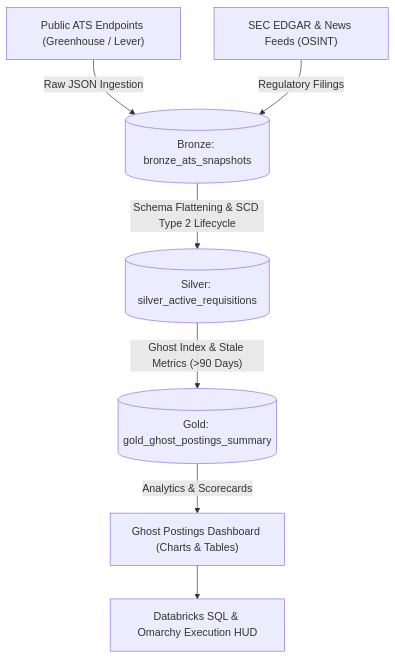
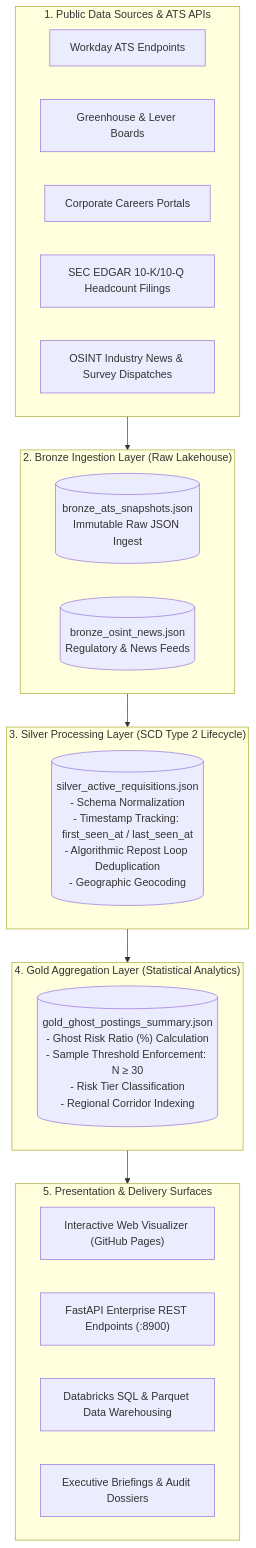
Before and after one commit to FreeFades2Black/ghost-job-intel-geospatial-pipeline: the diagram in README.md, drawn with Mermaid. The commit also changed other lines of this file, not shown here.

Commit message:
docs: update README with executive-grade documentation, mathematical methodology, Greenville SC Top 10 metrics, and live dashboard badges

````diff
--- a/README.md
+++ b/README.md
@@ -9,9 +25,35 @@
 ```mermaid
-graph TD
-    A["Public ATS Endpoints (Greenhouse / Lever)"] -->|"Raw JSON Ingestion"| B[("Bronze: bronze_ats_snapshots")]
-    C["SEC EDGAR & News Feeds (OSINT)"] -->|"Regulatory Filings"| B
-    B -->|"Schema Flattening & SCD Type 2 Lifecycle"| F[("Silver: silver_active_requisitions")]
-    F -->|"Ghost Index & Stale Metrics (>90 Days)"| G[("Gold: gold_ghost_postings_summary")]
-    G -->|"Analytics & Scorecards"| H["Ghost Postings Dashboard (Charts & Tables)"]
-    H --> I["Databricks SQL & Omarchy Execution HUD"]
+flowchart TD
+    subgraph S1["1. Public Data Sources & ATS APIs"]
+        A1["Workday ATS Endpoints"]
+        A2["Greenhouse & Lever Boards"]
+        A3["Corporate Careers Portals"]
+        A4["SEC EDGAR 10-K/10-Q Headcount Filings"]
+        A5["OSINT Industry News & Survey Dispatches"]
+    end
+
+    subgraph S2["2. Bronze Ingestion Layer (Raw Lakehouse)"]
+        B1[("bronze_ats_snapshots.json<br/>Immutable Raw JSON Ingest")]
+        B2[("bronze_osint_news.json<br/>Regulatory & News Feeds")]
+    end
+
+    subgraph S3["3. Silver Processing Layer (SCD Type 2 Lifecycle)"]
+        C1[("silver_active_requisitions.json<br/>- Schema Normalization<br/>- Timestamp Tracking: first_seen_at / last_seen_at<br/>- Algorithmic Repost Loop Deduplication<br/>- Geographic Geocoding")]
+    end
+
+    subgraph S4["4. Gold Aggregation Layer (Statistical Analytics)"]
+        D1[("gold_ghost_postings_summary.json<br/>- Ghost Risk Ratio (%) Calculation<br/>- Sample Threshold Enforcement: N ≥ 30<br/>- Risk Tier Classification<br/>- Regional Corridor Indexing")]
+    end
+
+    subgraph S5["5. Presentation & Delivery Surfaces"]
+        E1["Interactive Web Visualizer (GitHub Pages)"]
+        E2["FastAPI Enterprise REST Endpoints (:8900)"]
+        E3["Databricks SQL & Parquet Data Warehousing"]
+        E4["Executive Briefings & Audit Dossiers"]
+    end
+
+    S1 --> S2
+    S2 --> S3
+    S3 --> S4
+    S4 --> S5
 ```
````
